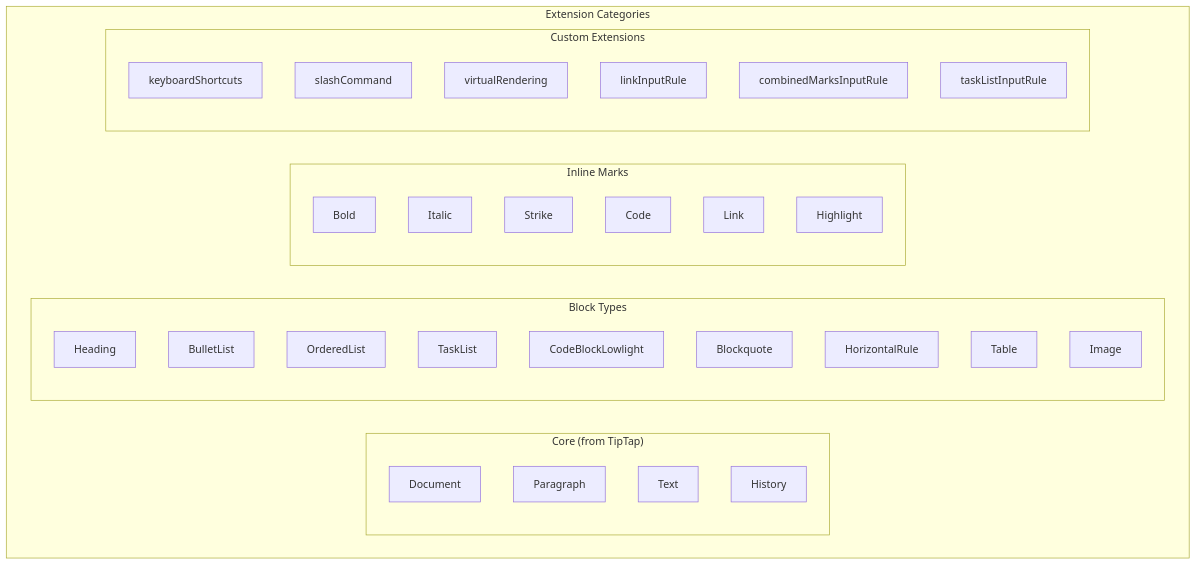
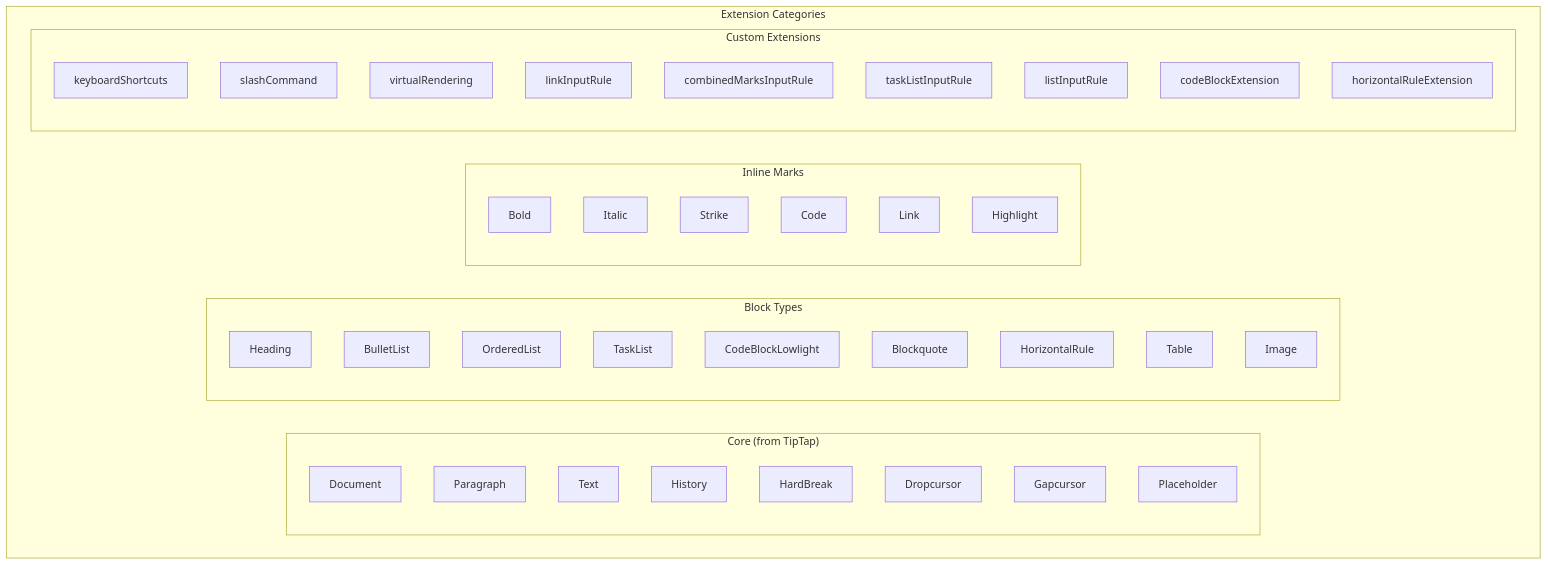
One commit to Mathuran/quartz changed the fifth of 9 diagrams in projectManager/design-docs/quartz-system-architecture.md. Above: the diagram before and after it, drawn with Mermaid. The commit also changed other lines of this file and 25 other files, not shown here.

````diff
--- a/projectManager/design-docs/quartz-system-architecture.md
+++ b/projectManager/design-docs/quartz-system-architecture.md
@@ -210,41 +228,48 @@
 ```mermaid
 graph TB
     subgraph "Extension Categories"
         subgraph "Core (from TipTap)"
             DOC[Document]
             PARA[Paragraph]
             TEXT[Text]
             HIST[History]
+            HARD[HardBreak]
+            DROP[Dropcursor]
+            GAP[Gapcursor]
+            PLACE[Placeholder]
         end
 
         subgraph "Block Types"
             HEAD[Heading]
             BL[BulletList]
             OL[OrderedList]
             TL[TaskList]
             CB[CodeBlockLowlight]
             BQ[Blockquote]
             HR[HorizontalRule]
             TBL[Table]
             IMG[Image]
         end
 
         subgraph "Inline Marks"
             BOLD[Bold]
             ITALIC[Italic]
             STRIKE[Strike]
             CODE[Code]
             LINK[Link]
             HL[Highlight]
         end
 
         subgraph "Custom Extensions"
             KS[keyboardShortcuts]
             SC[slashCommand]
             VR[virtualRendering]
             LIR[linkInputRule]
             CMR[combinedMarksInputRule]
             TIR[taskListInputRule]
+            LISTR[listInputRule]
+            CBE[codeBlockExtension]
+            HRE[horizontalRuleExtension]
         end
     end
 ```
````
